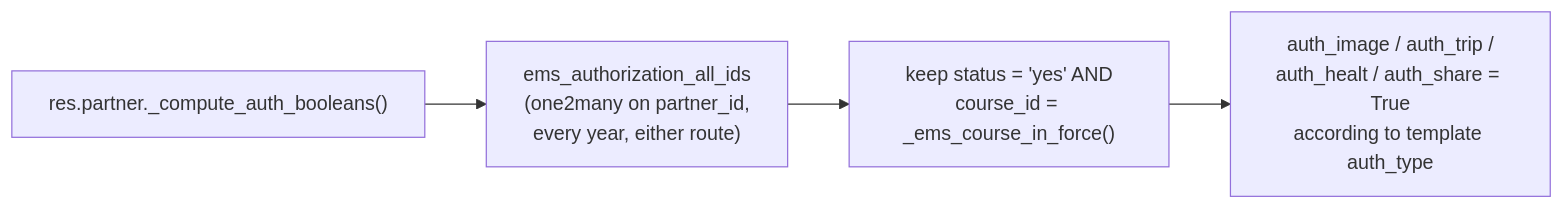
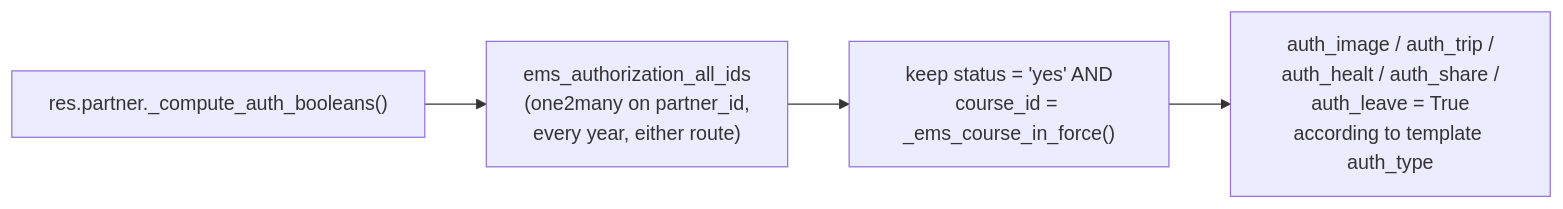
One commit to ElPuig/EMS changed the second of 4 diagrams in docs/en/developers/enrollment/authorization.md. Above: the diagram before and after it, drawn with Mermaid. The commit also changed other lines of this file and 23 other files, not shown here.

````diff
--- a/docs/en/developers/enrollment/authorization.md
+++ b/docs/en/developers/enrollment/authorization.md
@@ -252,6 +252,6 @@
 ```mermaid
 flowchart LR
     A["res.partner._compute_auth_booleans()"] --> B["ems_authorization_all_ids\n(one2many on partner_id,\nevery year, either route)"]
     B --> C["keep status = 'yes' AND\ncourse_id = _ems_course_in_force()"]
-    C --> D["auth_image / auth_trip /\nauth_healt / auth_share = True\naccording to template auth_type"]
+    C --> D["auth_image / auth_trip /\nauth_healt / auth_share /\nauth_leave = True\naccording to template auth_type"]
 ```
````
